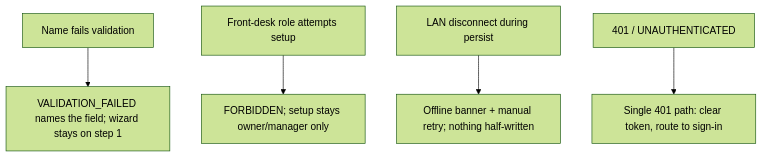
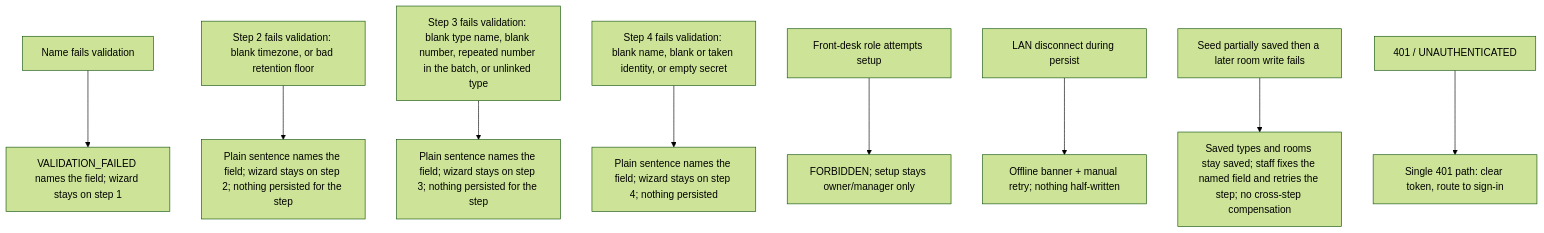
One commit to MingChen1501/hotel-mgmt changed diagram 17 of 17 in docs/architecture/lld.md. Above: the diagram before and after it, drawn with Mermaid (forest theme). The commit also changed other lines of this file, not shown here.

First line of the commit message:
docs(architecture): Specify onboarding wizard steps 2-4 flows in LLD 13.4 (#443)

````diff
--- a/docs/architecture/lld.md
+++ b/docs/architecture/lld.md
@@ -1253,7 +1345,11 @@
 ```mermaid
 flowchart TD
     P[Name fails validation] --> Q[VALIDATION_FAILED names the field; wizard stays on step 1]
+    P2[Step 2 fails validation: blank timezone, or bad retention floor] --> Q2[Plain sentence names the field; wizard stays on step 2; nothing persisted for the step]
+    P3[Step 3 fails validation: blank type name, blank number, repeated number in the batch, or unlinked type] --> Q3[Plain sentence names the field; wizard stays on step 3; nothing persisted for the step]
+    P4[Step 4 fails validation: blank name, blank or taken identity, or empty secret] --> Q4[Plain sentence names the field; wizard stays on step 4; nothing persisted]
     R[Front-desk role attempts setup] --> S[FORBIDDEN; setup stays owner/manager only]
     T[LAN disconnect during persist] --> U[Offline banner + manual retry; nothing half-written]
+    T3[Seed partially saved then a later room write fails] --> U3[Saved types and rooms stay saved; staff fixes the named field and retries the step; no cross-step compensation]
     V[401 / UNAUTHENTICATED] --> W[Single 401 path: clear token, route to sign-in]
 ```
````
